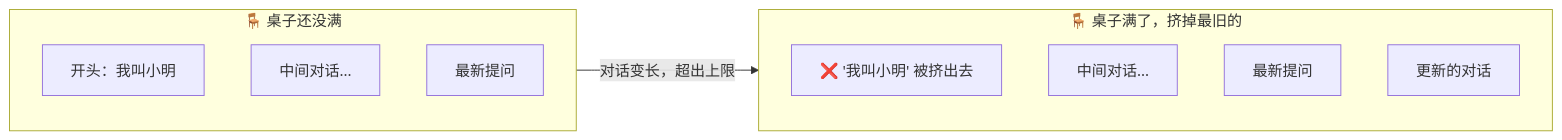
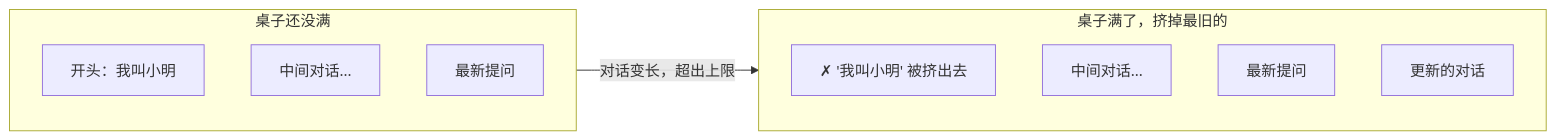
The third of 6 diagrams in docs/02_CONCEPTS_概念入门/CONCEPT/[CONCEPT-08] 什么是Context与Token-上下文与令牌.md (luckykhy/KhyAiHub), drawn with Mermaid before and after one commit. The commit also changed other lines of this file and 19 other files, not shown here.

````diff
--- a/docs/02_CONCEPTS_概念入门/CONCEPT/[CONCEPT-08] 什么是Context与Token-上下文与令牌.md
+++ b/docs/02_CONCEPTS_概念入门/CONCEPT/[CONCEPT-08] 什么是Context与Token-上下文与令牌.md
@@ -128,15 +128,15 @@
 ```mermaid
 flowchart LR
-  subgraph BEFORE["🪑 桌子还没满"]
+  subgraph BEFORE["桌子还没满"]
     B1["开头：我叫小明"]
     B2["中间对话..."]
     B3["最新提问"]
   end
-  subgraph AFTER["🪑 桌子满了，挤掉最旧的"]
-    A0["❌ '我叫小明' 被挤出去"]
+  subgraph AFTER["桌子满了，挤掉最旧的"]
+    A0["✗ '我叫小明' 被挤出去"]
     A2["中间对话..."]
     A3["最新提问"]
     A4["更新的对话"]
   end
   BEFORE -- "对话变长，超出上限" --> AFTER
 ```
````
